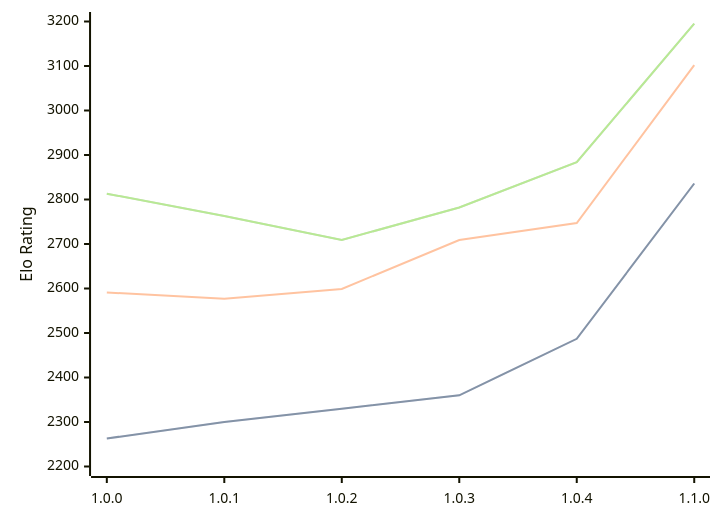
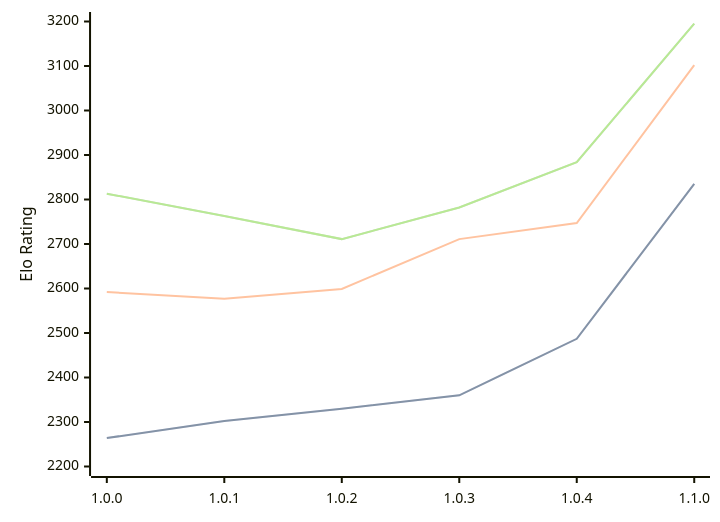
The diagram in engines/Grail.md (computer-chess-index/cci), drawn with Mermaid before and after one commit. The commit also changed other lines of this file, not shown here.

Commit message:
Update CCI Ratings (ELO VLTC) - 2026-03-27

````diff
--- a/engines/Grail.md
+++ b/engines/Grail.md
@@ -36,11 +36,11 @@
 ```mermaid
 %%{init: {"theme":"base","themeVariables":{"seriesColors:['#a3a3a3','#222221','#faa371']}}}%%
 xychart-beta
   x-axis ["1.0.0", "1.0.1", "1.0.2", "1.0.3", "1.0.4", "1.1.0"]
   y-axis "Elo Rating" 2200 --> 3200
-  line "STC (8.0+0.08s)" [2263, 2300, 2330, 2360, 2487, 2836]
-  line "STC (8.0+0.08s)" [2263, 2300, 2330, 2360, 2487, 2836]
-  line "LTC (60.0+0.60s)" [2591, 2577, 2599, 2709, 2747, 3102]
-  line "VLTC (2m24s+1.12s)" [2813, 2763, 2709, 2782, 2884, 3195]
-  line "VLTC (2m24s+1.12s)" [2813, 2763, 2709, 2782, 2884, 3195]
+  line "STC (8.0+0.08s)" [2264, 2302, 2330, 2360, 2487, 2835]
+  line "STC (8.0+0.08s)" [2264, 2302, 2330, 2360, 2487, 2835]
+  line "LTC (60.0+0.60s)" [2592, 2577, 2599, 2711, 2747, 3102]
+  line "VLTC (2m24s+1.12s)" [2813, 2763, 2711, 2782, 2884, 3195]
+  line "VLTC (2m24s+1.12s)" [2813, 2763, 2711, 2782, 2884, 3195]
 ```
````
